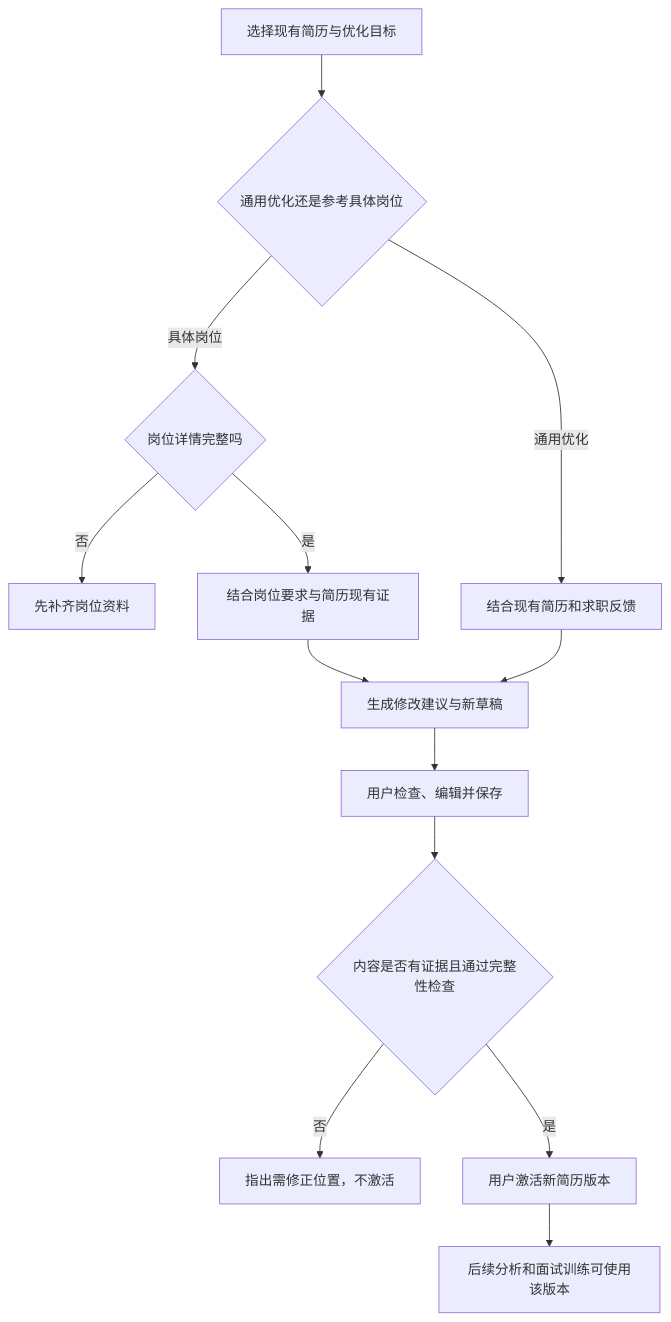
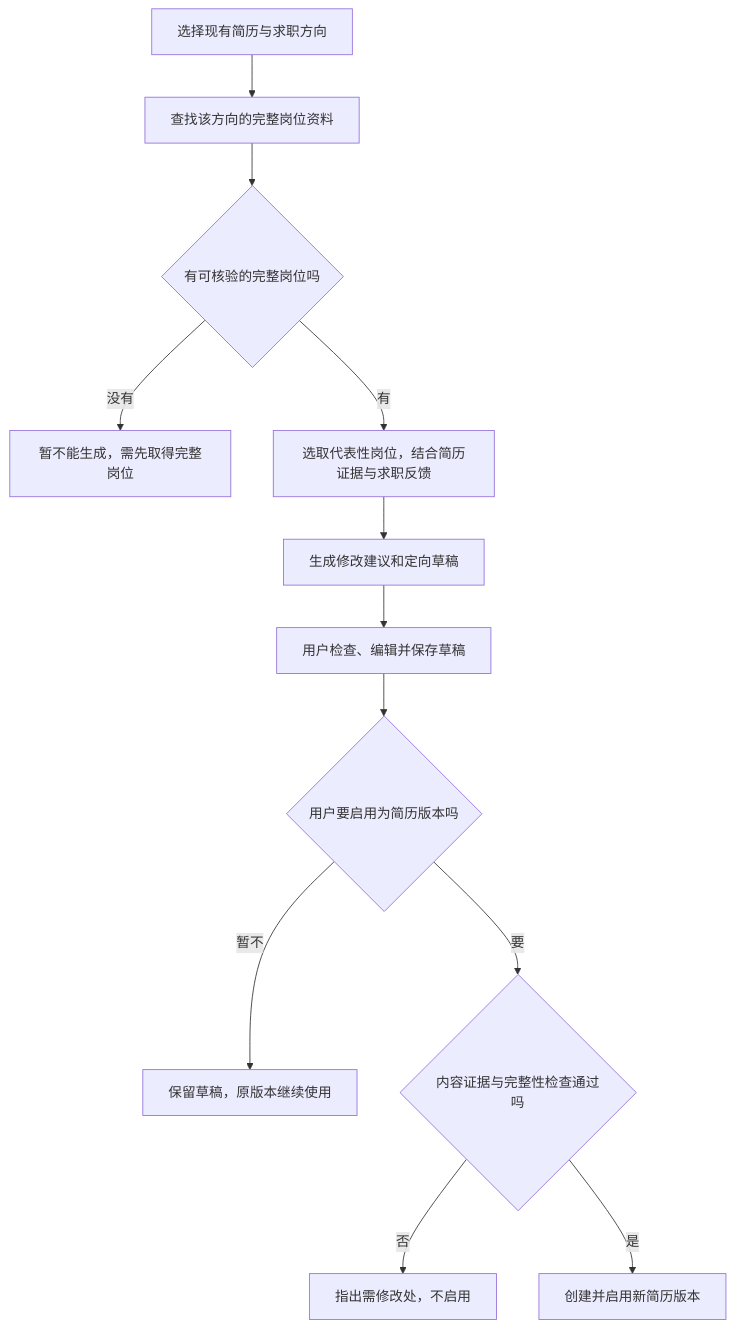
Diagram 11 of 16 in docs/offergo-product-module-flows.md (daydreamer0213/OfferGo), drawn with Mermaid before and after one commit. The commit also changed other lines of this file, not shown here.

Commit message:
docs: correct OfferGo module flow diagrams against code

````diff
--- a/docs/offergo-product-module-flows.md
+++ b/docs/offergo-product-module-flows.md
@@ -248,15 +271,14 @@
 ```mermaid
 flowchart TD
-  A[选择现有简历与优化目标] --> B{通用优化还是参考具体岗位}
-  B -- 具体岗位 --> C{岗位详情完整吗}
-  C -- 否 --> D[先补齐岗位资料]
-  C -- 是 --> E[结合岗位要求与简历现有证据]
-  B -- 通用优化 --> F[结合现有简历和求职反馈]
-  E --> G[生成修改建议与新草稿]
-  F --> G
-  G --> H[用户检查、编辑并保存]
-  H --> I{内容是否有证据且通过完整性检查}
-  I -- 否 --> J[指出需修正位置，不激活]
-  I -- 是 --> K[用户激活新简历版本]
-  K --> L[后续分析和面试训练可使用该版本]
+  A[选择现有简历与求职方向] --> B[查找该方向的完整岗位资料]
+  B --> C{有可核验的完整岗位吗}
+  C -- 没有 --> D[暂不能生成，需先取得完整岗位]
+  C -- 有 --> E[选取代表性岗位，结合简历证据与求职反馈]
+  E --> F[生成修改建议和定向草稿]
+  F --> G[用户检查、编辑并保存草稿]
+  G --> H{用户要启用为简历版本吗}
+  H -- 暂不 --> I[保留草稿，原版本继续使用]
+  H -- 要 --> J{内容证据与完整性检查通过吗}
+  J -- 否 --> K[指出需修改处，不启用]
+  J -- 是 --> L[创建并启用新简历版本]
 ```
````
